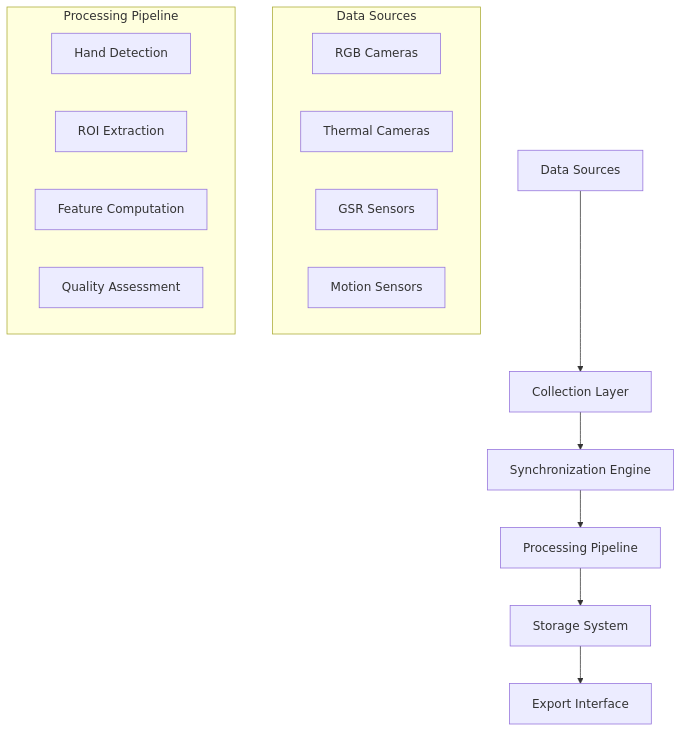
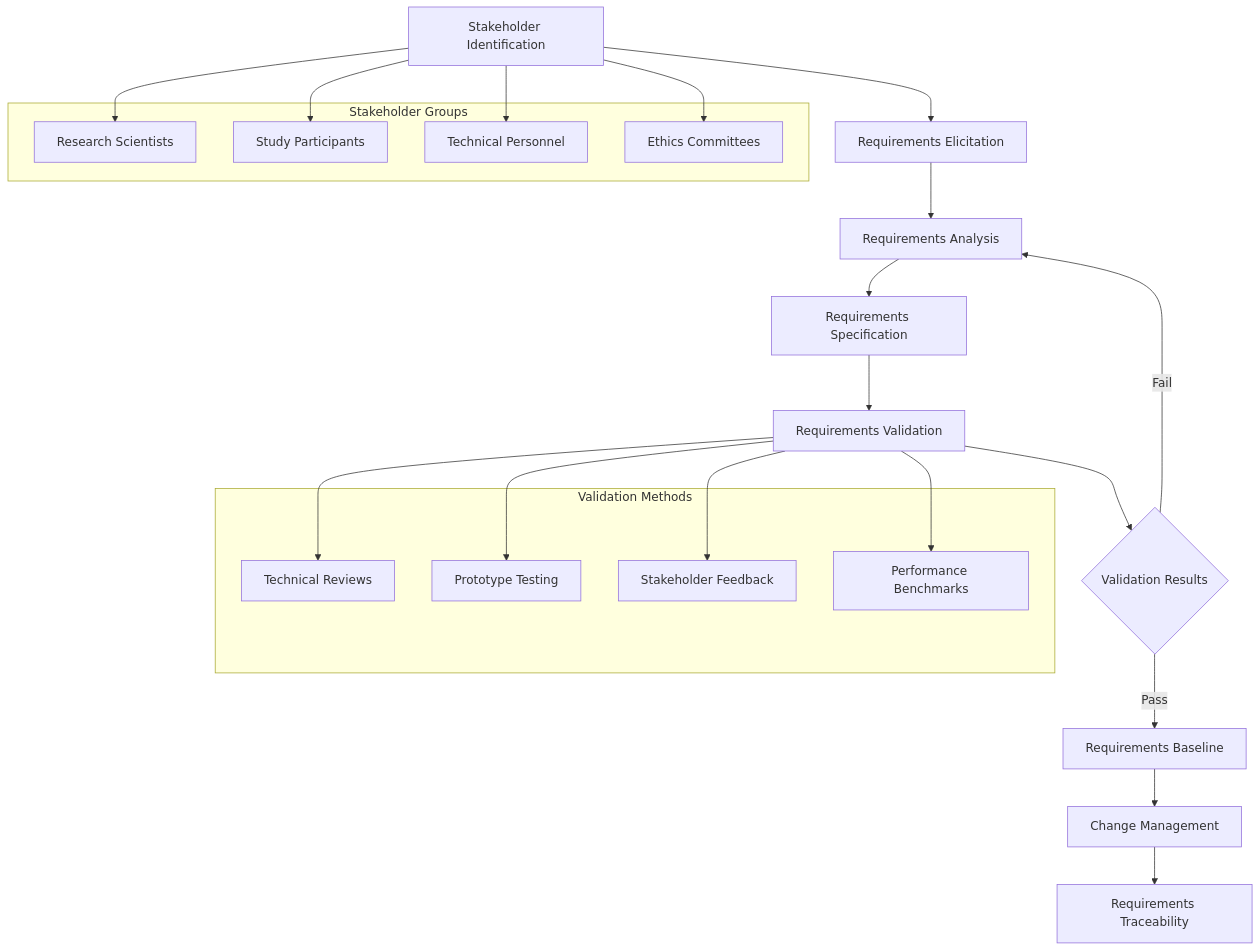
One commit to buccancs/fyp-multi-sensor-recording-system changed the third of 4 diagrams in docs/thesis_report/Chapter_3_Requirements_and_Analysis.md. Above: the diagram before and after it, drawn with Mermaid. The commit also changed other lines of this file and 4 other files, not shown here.

Commit message:
Add comprehensive visual elements, performance metrics, and research-grade documentation based on example theses

````diff
--- a/docs/thesis_report/Chapter_3_Requirements_and_Analysis.md
+++ b/docs/thesis_report/Chapter_3_Requirements_and_Analysis.md
@@ -912,22 +134,36 @@
 ```mermaid
-graph TD
-    A[Data Sources] --> B[Collection Layer]
-    B --> C[Synchronization Engine]
-    C --> D[Processing Pipeline]
-    D --> E[Storage System]
-    E --> F[Export Interface]
+flowchart TD
+    A[Stakeholder Identification] --> B[Requirements Elicitation]
+    B --> C[Requirements Analysis]
+    C --> D[Requirements Specification]
+    D --> E[Requirements Validation]
+    E --> F{Validation Results}
+    F -->|Pass| G[Requirements Baseline]
+    F -->|Fail| C
+    G --> H[Change Management]
+    H --> I[Requirements Traceability]
     
-    subgraph "Data Sources"
-        A1[RGB Cameras]
-        A2[Thermal Cameras]
-        A3[GSR Sensors]
-        A4[Motion Sensors]
+    subgraph "Stakeholder Groups"
+        S1[Research Scientists]
+        S2[Study Participants]
+        S3[Technical Personnel]
+        S4[Ethics Committees]
     end
     
-    subgraph "Processing Pipeline"
-        D1[Hand Detection]
-        D2[ROI Extraction]
-        D3[Feature Computation]
-        D4[Quality Assessment]
+    subgraph "Validation Methods"
+        V1[Technical Reviews]
+        V2[Prototype Testing]
+        V3[Stakeholder Feedback]
+        V4[Performance Benchmarks]
     end
+    
+    A --> S1
+    A --> S2
+    A --> S3
+    A --> S4
+    
+    E --> V1
+    E --> V2
+    E --> V3
+    E --> V4
 ```
````
